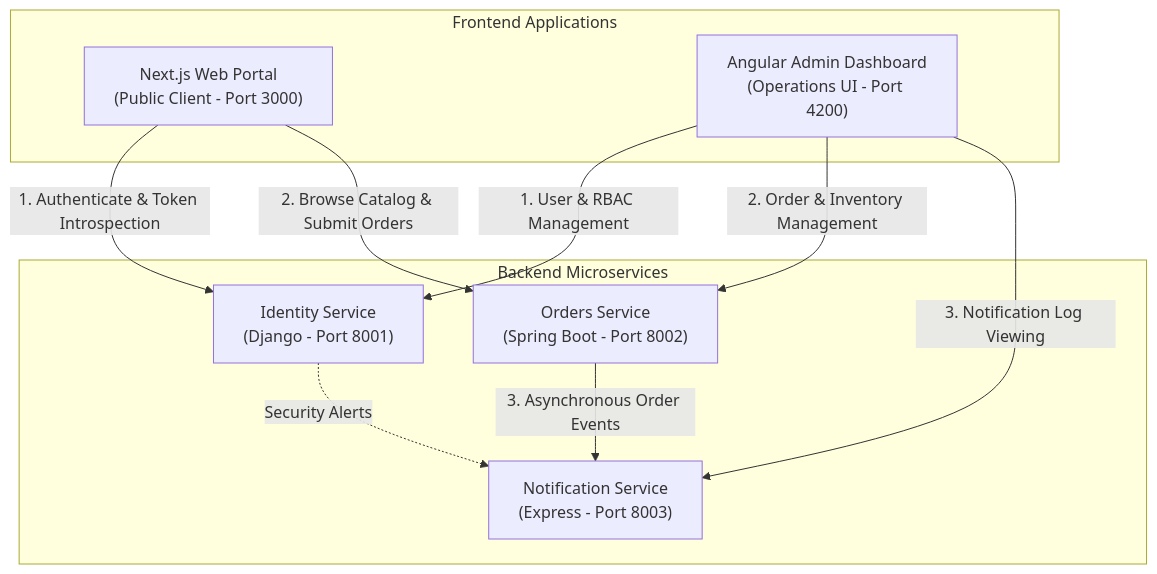
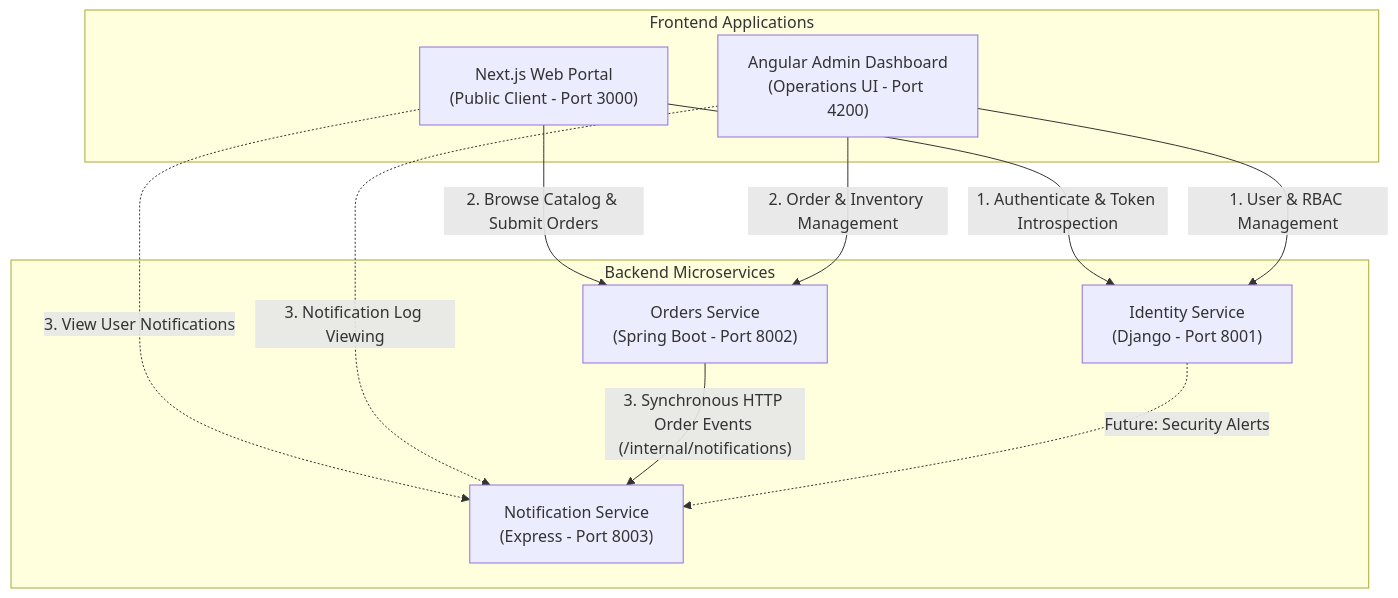
The diagram in docs/architecture/system-overview.md (O2sa/DevSecOps-Monorepo-Shawcase), drawn with Mermaid before and after one commit. The commit also changed other lines of this file and 31 other files, not shown here.

Commit message:
feat: implement notification-service and integrate it with orders-service for asynchronous order notifications

````diff
--- a/docs/architecture/system-overview.md
+++ b/docs/architecture/system-overview.md
@@ -14,26 +18,27 @@
 ```mermaid
 flowchart TD
     subgraph Frontend Applications
         Web["Next.js Web Portal<br/>(Public Client - Port 3000)"]
         Dashboard["Angular Admin Dashboard<br/>(Operations UI - Port 4200)"]
     end
 
     subgraph Backend Microservices
         Identity["Identity Service<br/>(Django - Port 8001)"]
         Orders["Orders Service<br/>(Spring Boot - Port 8002)"]
         Notify["Notification Service<br/>(Express - Port 8003)"]
     end
 
     %% Public user flows
     Web -->|"1. Authenticate & Token Introspection"| Identity
     Web -->|"2. Browse Catalog & Submit Orders"| Orders
+    Web -.->|"3. View User Notifications"| Notify
 
     %% Admin user flows
     Dashboard -->|"1. User & RBAC Management"| Identity
     Dashboard -->|"2. Order & Inventory Management"| Orders
-    Dashboard -->|"3. Notification Log Viewing"| Notify
+    Dashboard -.->|"3. Notification Log Viewing"| Notify
 
-    %% Asynchronous backend events
-    Orders -->|"3. Asynchronous Order Events"| Notify
-    Identity -.->|"Security Alerts"| Notify
+    %% Service-to-service communication
+    Orders -->|"3. Synchronous HTTP Order Events (/internal/notifications)"| Notify
+    Identity -.->|"Future: Security Alerts"| Notify
 ```
````
